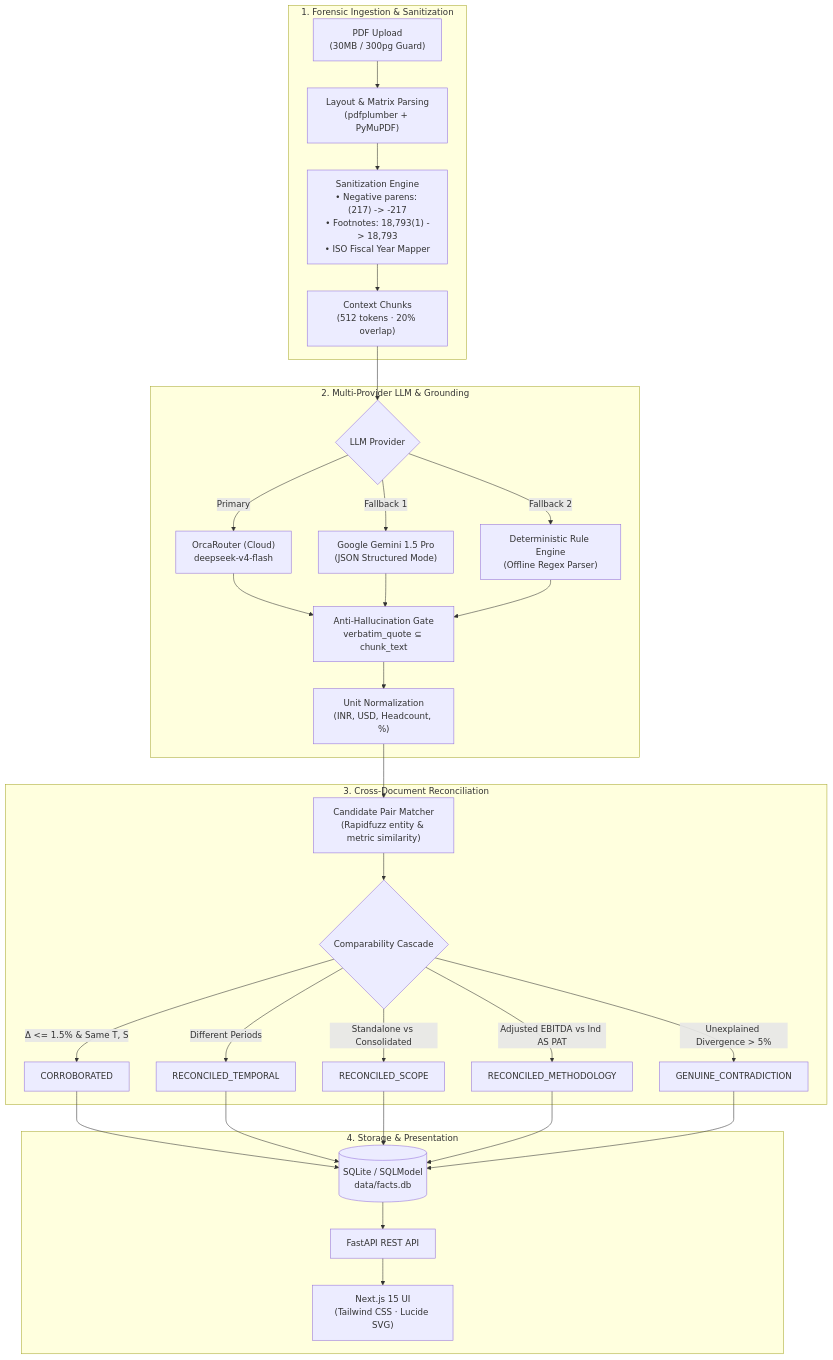
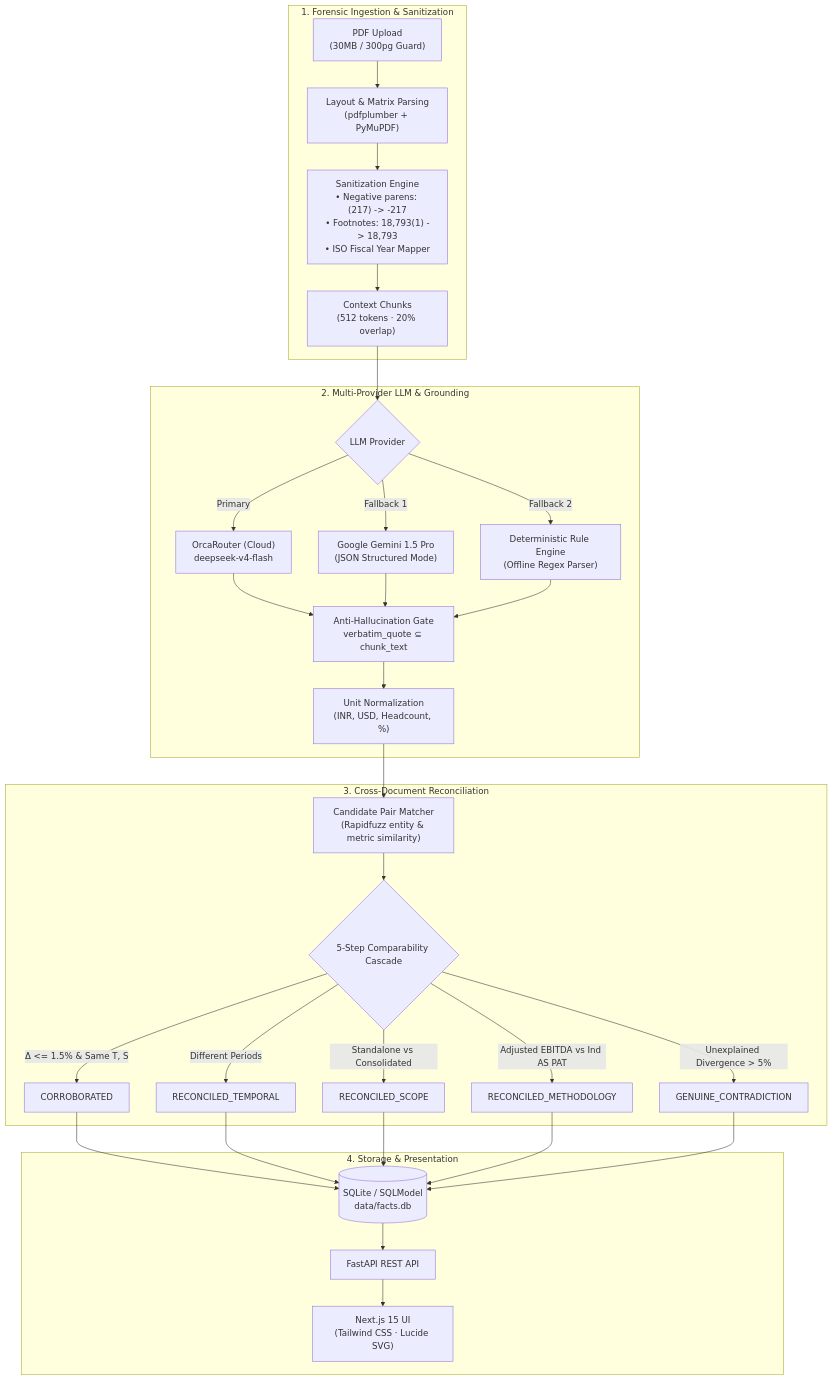
Before and after one commit to IronLad123/claimsmap: the diagram in README.md, drawn with Mermaid. The commit also changed other lines of this file, not shown here.

````diff
--- a/README.md
+++ b/README.md
@@ -51,35 +151,35 @@
 ```mermaid
 flowchart TD
     subgraph Ingestion ["1. Forensic Ingestion & Sanitization"]
         A["PDF Upload<br/>(30MB / 300pg Guard)"] --> B["Layout & Matrix Parsing<br/>(pdfplumber + PyMuPDF)"]
         B --> C["Sanitization Engine<br/>• Negative parens: (217) -> -217<br/>• Footnotes: 18,793(1) -> 18,793<br/>• ISO Fiscal Year Mapper"]
         C --> D["Context Chunks<br/>(512 tokens · 20% overlap)"]
     end
 
     subgraph Extraction ["2. Multi-Provider LLM & Grounding"]
         D --> E{LLM Provider}
         E -->|Primary| F1["OrcaRouter (Cloud)<br/>deepseek-v4-flash"]
         E -->|Fallback 1| F2["Google Gemini 1.5 Pro<br/>(JSON Structured Mode)"]
         E -->|Fallback 2| F3["Deterministic Rule Engine<br/>(Offline Regex Parser)"]
         F1 --> G["Anti-Hallucination Gate<br/>verbatim_quote ⊆ chunk_text"]
         F2 --> G
         F3 --> G
         G --> H["Unit Normalization<br/>(INR, USD, Headcount, %)"]
     end
 
     subgraph Reconciliation ["3. Cross-Document Reconciliation"]
         H --> I["Candidate Pair Matcher<br/>(Rapidfuzz entity & metric similarity)"]
-        I --> J{"Comparability Cascade"}
+        I --> J{"5-Step Comparability Cascade"}
         J -->|Δ <= 1.5% & Same T, S| K1["CORROBORATED"]
         J -->|Different Periods| K2["RECONCILED_TEMPORAL"]
         J -->|Standalone vs Consolidated| K3["RECONCILED_SCOPE"]
         J -->|Adjusted EBITDA vs Ind AS PAT| K4["RECONCILED_METHODOLOGY"]
         J -->|Unexplained Divergence > 5%| K5["GENUINE_CONTRADICTION"]
     end
 
     subgraph StorageUI ["4. Storage & Presentation"]
         K1 & K2 & K3 & K4 & K5 --> L[("SQLite / SQLModel<br/>data/facts.db")]
         L --> M["FastAPI REST API"]
         M --> N["Next.js 15 UI<br/>(Tailwind CSS · Lucide SVG)"]
     end
 ```
````
